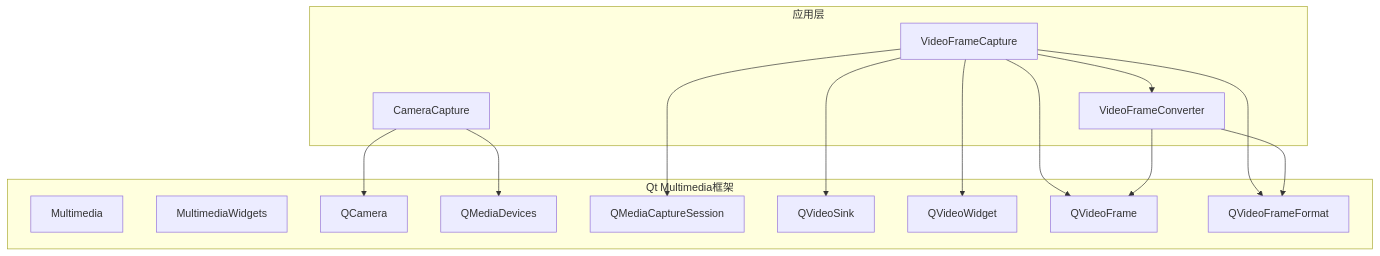
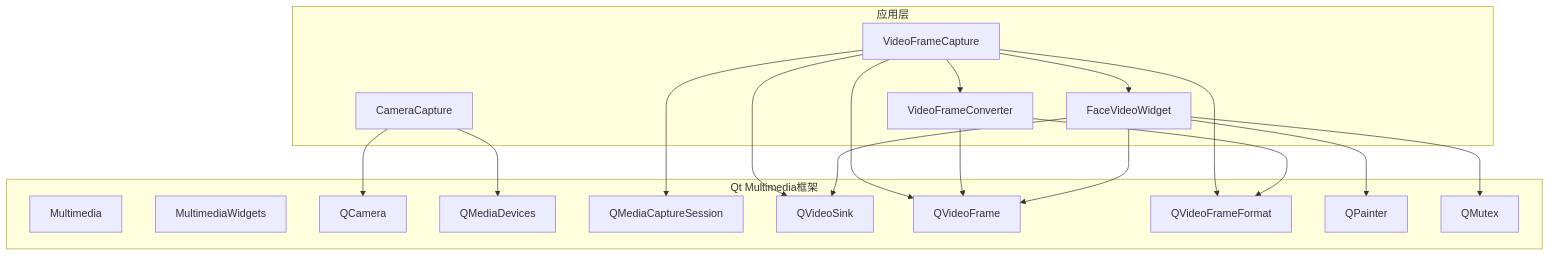
The tenth of 11 diagrams in .qoder/repowiki/zh/content/核心模块/摄像头采集模块/摄像头采集模块.md (HeQiTZD/Triple-terminal-Attendance-Punching-System), drawn with Mermaid before and after one commit. The commit also changed other lines of this file and 44 other files, not shown here.

````diff
--- a/.qoder/repowiki/zh/content/核心模块/摄像头采集模块/摄像头采集模块.md
+++ b/.qoder/repowiki/zh/content/核心模块/摄像头采集模块/摄像头采集模块.md
@@ -399,29 +525,35 @@
 ```mermaid
 graph TB
 subgraph "Qt Multimedia框架"
 MM[Multimedia]
 MMW[MultimediaWidgets]
 QCamera[QCamera]
 QMediaDevices[QMediaDevices]
 QMediaCaptureSession[QMediaCaptureSession]
 QVideoSink[QVideoSink]
-QVideoWidget[QVideoWidget]
 QVideoFrame[QVideoFrame]
 QVideoFrameFormat[QVideoFrameFormat]
+QPainter[QPainter]
+QMutex[QMutex]
 end
 subgraph "应用层"
 CC[CameraCapture]
 VFC[VideoFrameCapture]
 VFCV[VideoFrameConverter]
+FVW[FaceVideoWidget]
 end
 CC --> QCamera
 CC --> QMediaDevices
 VFC --> QMediaCaptureSession
 VFC --> QVideoSink
-VFC --> QVideoWidget
 VFC --> QVideoFrame
 VFC --> QVideoFrameFormat
 VFC --> VFCV
+VFC --> FVW
 VFCV --> QVideoFrame
 VFCV --> QVideoFrameFormat
+FVW --> QVideoSink
+FVW --> QVideoFrame
+FVW --> QPainter
+FVW --> QMutex
 ```
````
